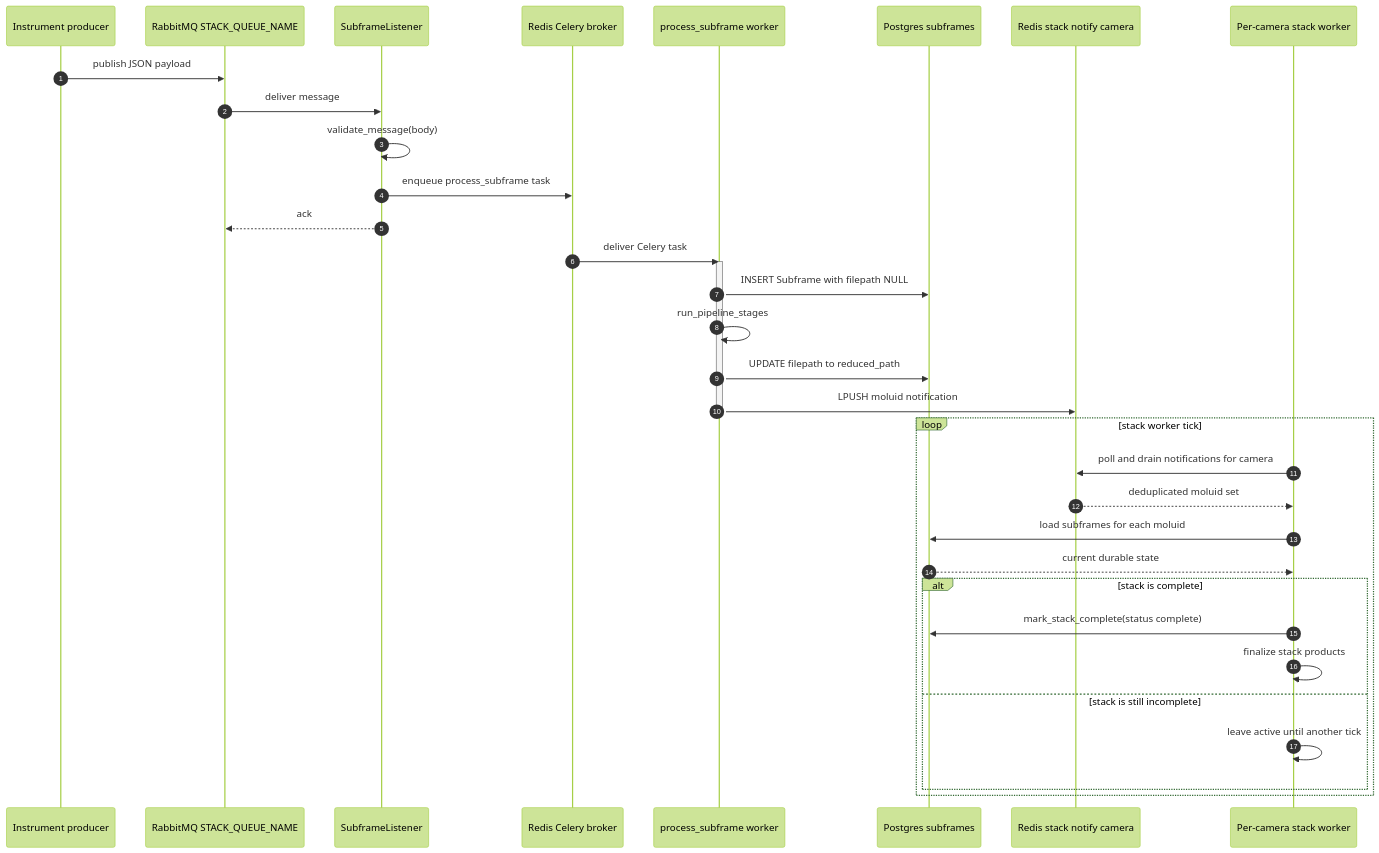
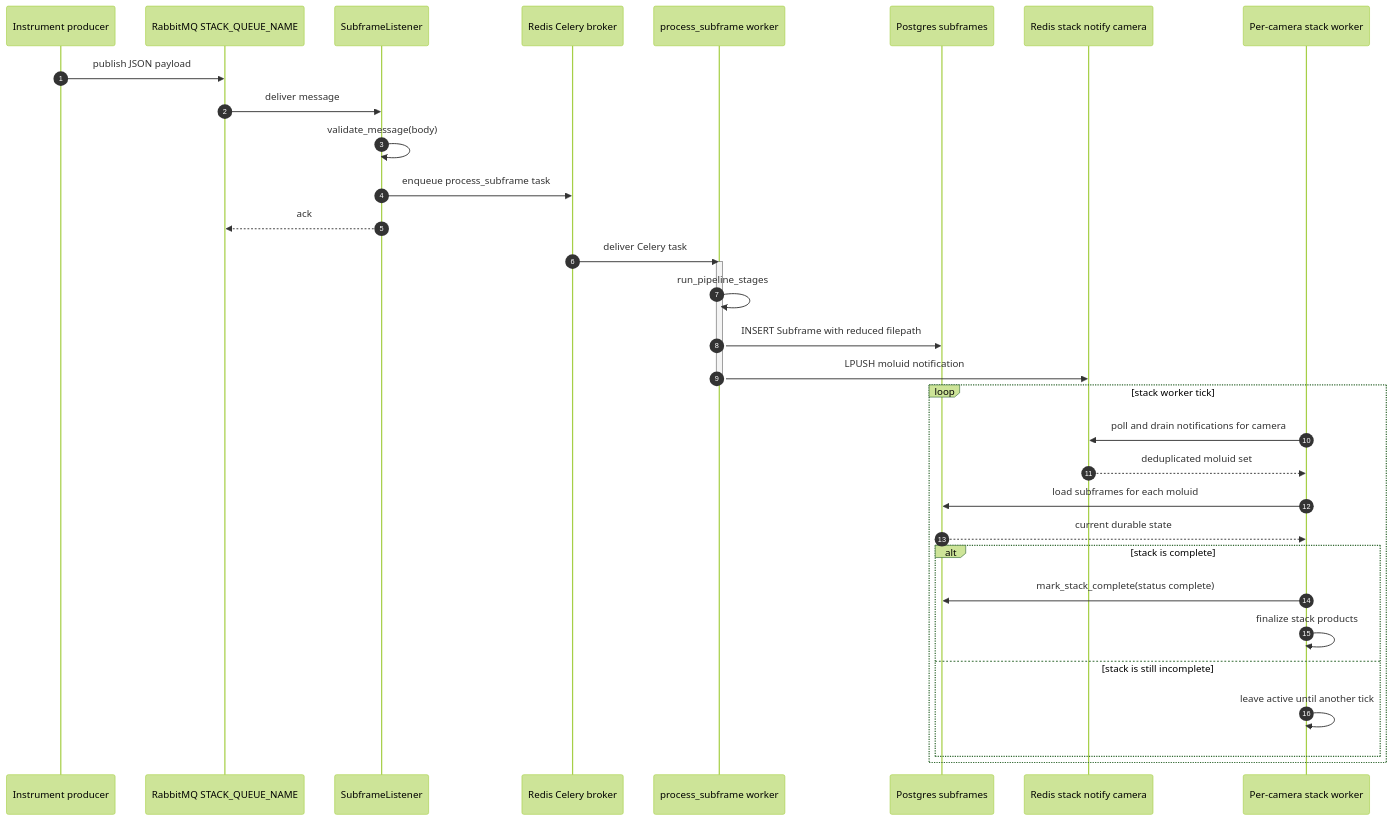
The second of 3 diagrams in docs/smartstacking_architecture.md (LCOGT/banzai), drawn with Mermaid (forest theme) before and after one commit. The commit also changed other lines of this file and 4 other files, not shown here.

````diff
--- a/docs/smartstacking_architecture.md
+++ b/docs/smartstacking_architecture.md
@@ -87,40 +86,39 @@
 ```mermaid
 sequenceDiagram
     autonumber
     participant Inst as Instrument producer
     participant MQ as RabbitMQ STACK_QUEUE_NAME
     participant L as SubframeListener
     participant CB as Redis Celery broker
     participant W as process_subframe worker
     participant DB as Postgres subframes
     participant NR as Redis stack notify camera
     participant S as Per-camera stack worker
 
     Inst->>MQ: publish JSON payload
     MQ->>L: deliver message
     L->>L: validate_message(body)
     L->>CB: enqueue process_subframe task
     L-->>MQ: ack
 
     CB->>W: deliver Celery task
     activate W
-    W->>DB: INSERT Subframe with filepath NULL
     W->>W: run_pipeline_stages
-    W->>DB: UPDATE filepath to reduced_path
+    W->>DB: INSERT Subframe with reduced filepath
     W->>NR: LPUSH moluid notification
     deactivate W
 
     loop stack worker tick
         S->>NR: poll and drain notifications for camera
         NR-->>S: deduplicated moluid set
         S->>DB: load subframes for each moluid
         DB-->>S: current durable state
         alt stack is complete
             S->>DB: mark_stack_complete(status complete)
             S->>S: finalize stack products
         else stack is still incomplete
             S->>S: leave active until another tick
         end
     end
 
 ```
````
